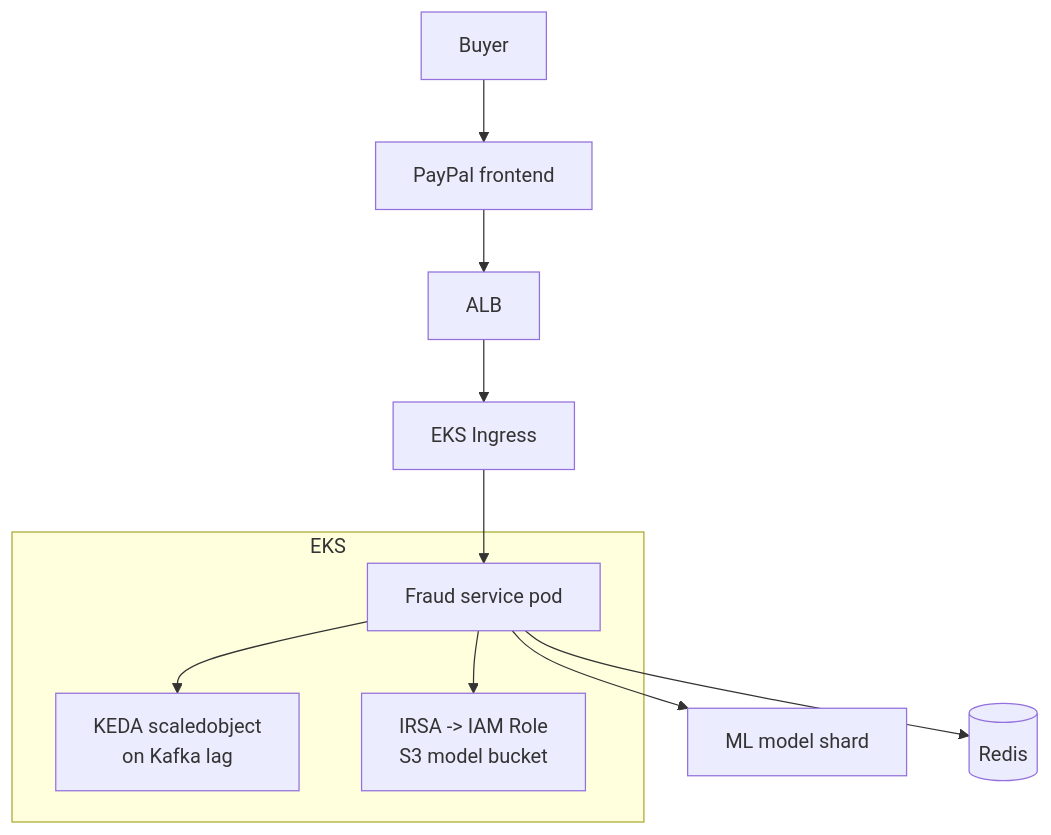
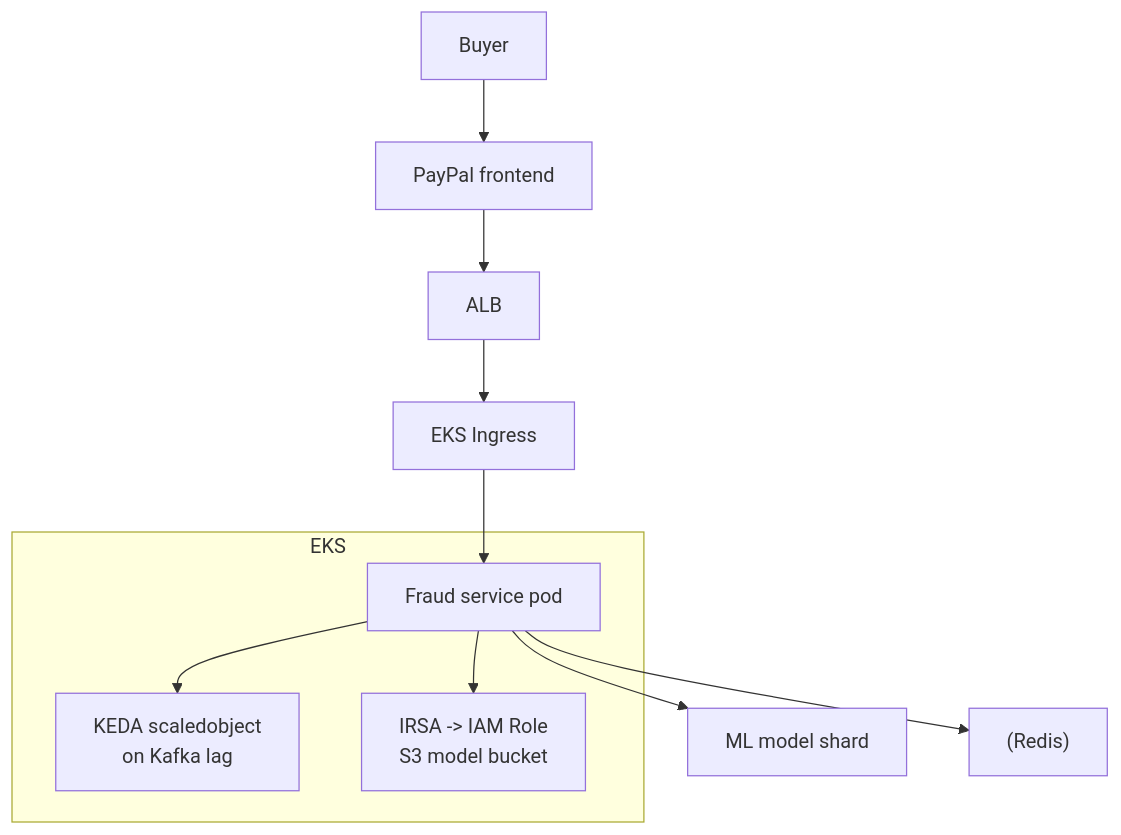
One commit to WhoisMonesh/K8S-Everything changed the diagram in 17-company-cases/paypal.md. Above: the diagram before and after it, drawn with Mermaid. The commit also changed 62 other files, not shown here.

First line of the commit message:
Fix all Mermaid diagrams for GitHub compatibility

````diff
--- a/17-company-cases/paypal.md
+++ b/17-company-cases/paypal.md
@@ -24,15 +24,15 @@
 ```mermaid
 graph TD
     Buyer --> PP[PayPal frontend]
     PP --> LB[ALB]
     LB --> Ingress[EKS Ingress]
     Ingress --> Fraud[Fraud service pod]
     Fraud --> Model[ML model shard]
-    Fraud --> Cache[(Redis)]
-    subgraph EKS
+    Fraud --> Cache["(Redis)"]
+    subgraph "EKS"
         KEDA[KEDA scaledobject<br/>on Kafka lag]
         Fraud --> KEDA
         IRSA[IRSA -> IAM Role<br/>S3 model bucket]
         Fraud --> IRSA
     end
 ```
````
